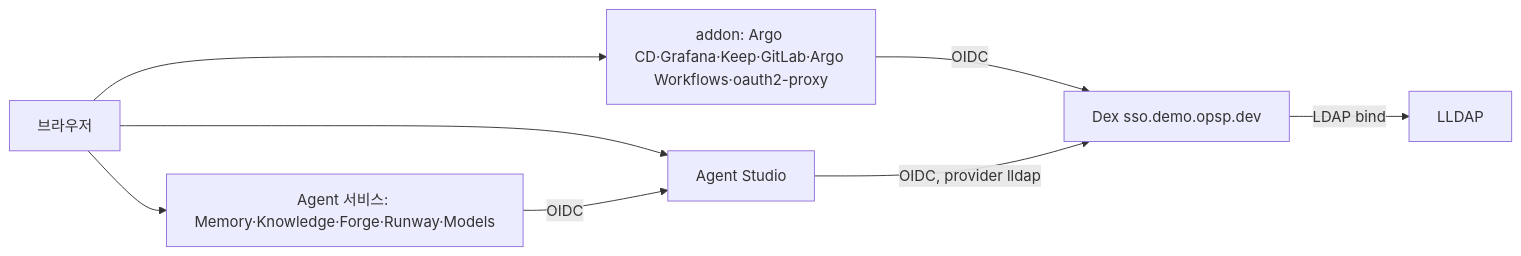
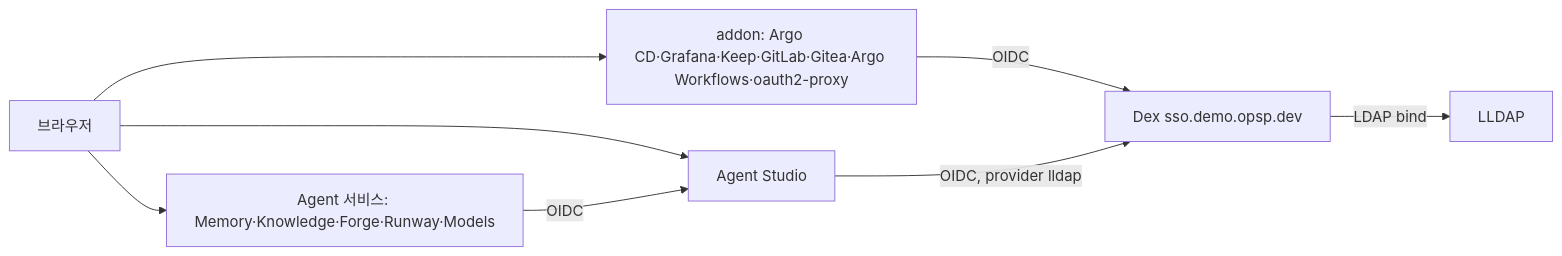
The diagram in charts/dex/README.md (opspresso/argocd-env-addons), drawn with Mermaid before and after one commit. The commit also changed other lines of this file and 19 other files, not shown here.

First line of the commit message:
feat(gitea): 공식 chart로 Gitea 배포와 플랫폼 SSO 연결 (#153)

````diff
--- a/charts/dex/README.md
+++ b/charts/dex/README.md
@@ -9,10 +9,10 @@
 ```mermaid
 flowchart LR
-  U[브라우저] --> A[addon: Argo CD·Grafana·Keep·GitLab·Argo Workflows·oauth2-proxy]
+  U[브라우저] --> A[addon: Argo CD·Grafana·Keep·GitLab·Gitea·Argo Workflows·oauth2-proxy]
   U --> S[Agent Studio]
   U --> V[Agent 서비스: Memory·Knowledge·Forge·Runway·Models]
   V -->|OIDC| S
   A -->|OIDC| D[Dex sso.demo.opsp.dev]
   S -->|OIDC, provider lldap| D
   D -->|LDAP bind| L[LLDAP]
 ```
````
